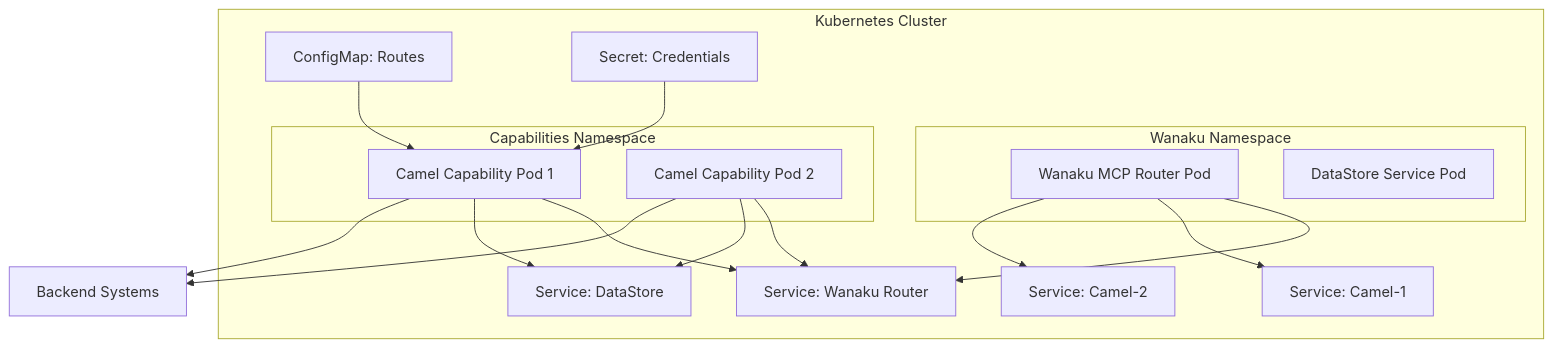
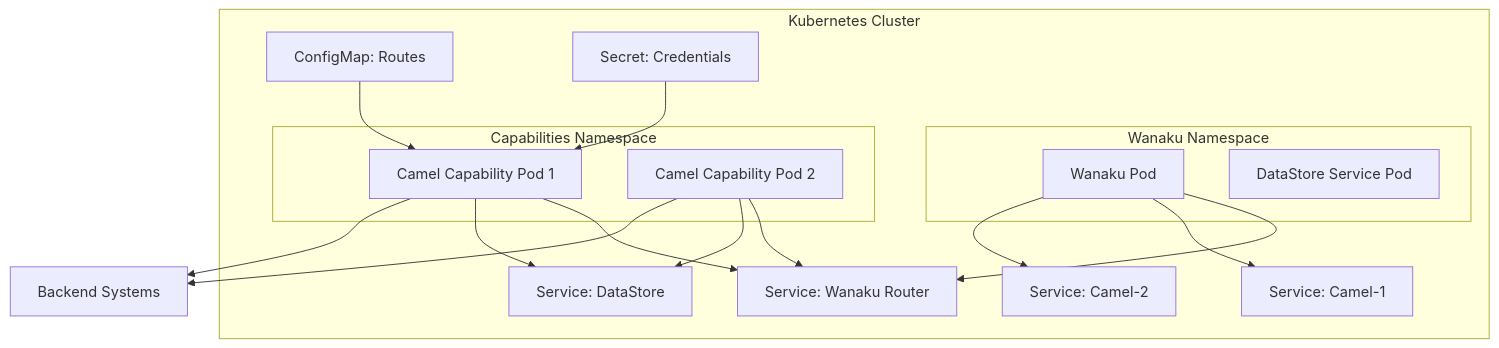
One commit to wanaku-ai/camel-integration-capability changed the fifth of 5 diagrams in docs/architecture.md. Above: the diagram before and after it, drawn with Mermaid. The commit also changed other lines of this file and 10 other files, not shown here.

````diff
--- a/docs/architecture.md
+++ b/docs/architecture.md
@@ -188,39 +188,39 @@
 ```mermaid
 graph TB
     subgraph "Kubernetes Cluster"
         subgraph "Wanaku Namespace"
-            A[Wanaku MCP Router Pod]
+            A[Wanaku Pod]
             C[DataStore Service Pod]
         end
 
         subgraph "Capabilities Namespace"
             D[Camel Capability Pod 1]
             E[Camel Capability Pod 2]
         end
 
         G[Service: Wanaku Router]
         H[Service: DataStore]
         I[Service: Camel-1]
         J[Service: Camel-2]
 
         K[ConfigMap: Routes]
         M[Secret: Credentials]
     end
 
     O[Backend Systems]
 
     A --> G
     A --> I
     A --> J
 
     D --> G
     D --> H
     E --> G
     E --> H
 
     K --> D
     M --> D
 
     D --> O
     E --> O
 ```
````
